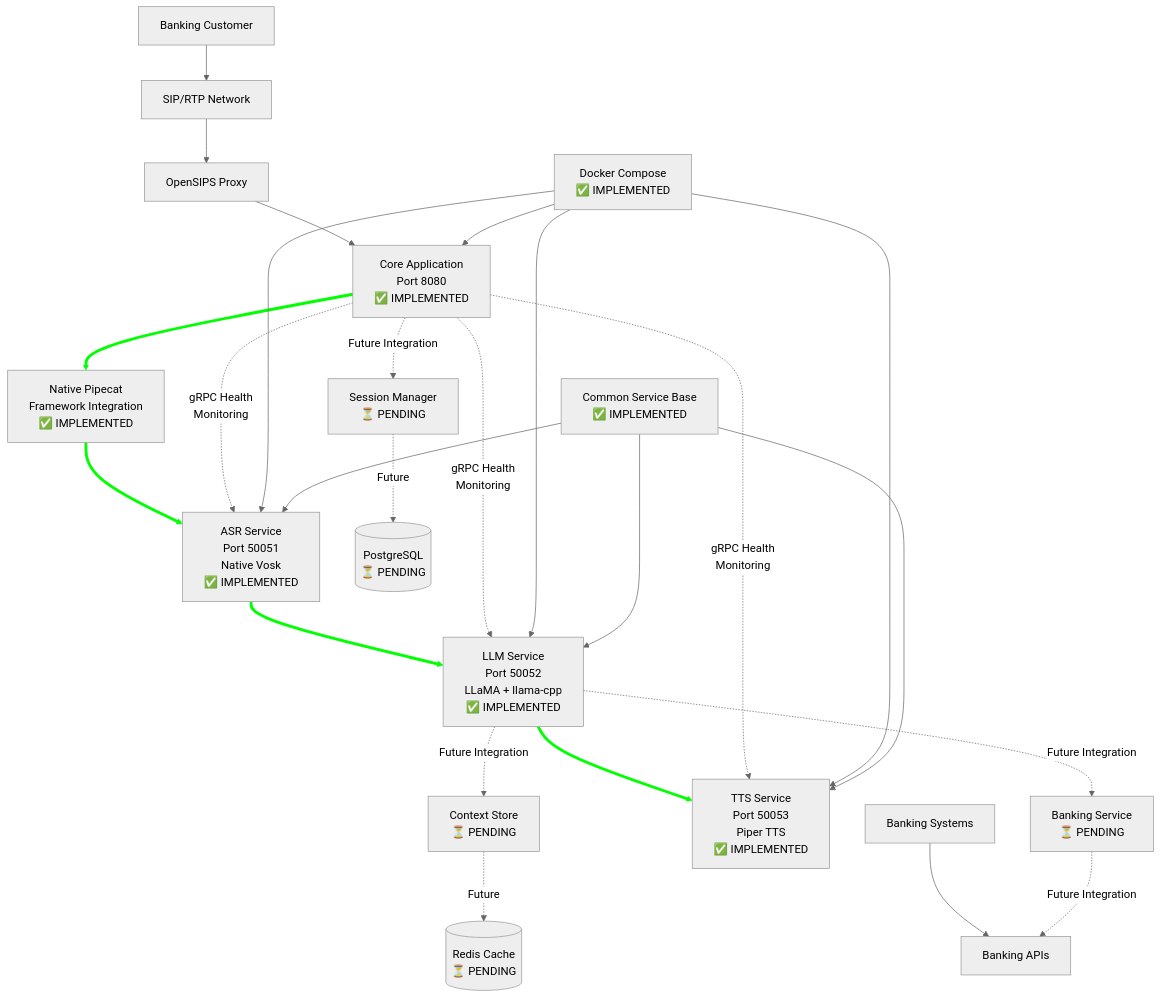
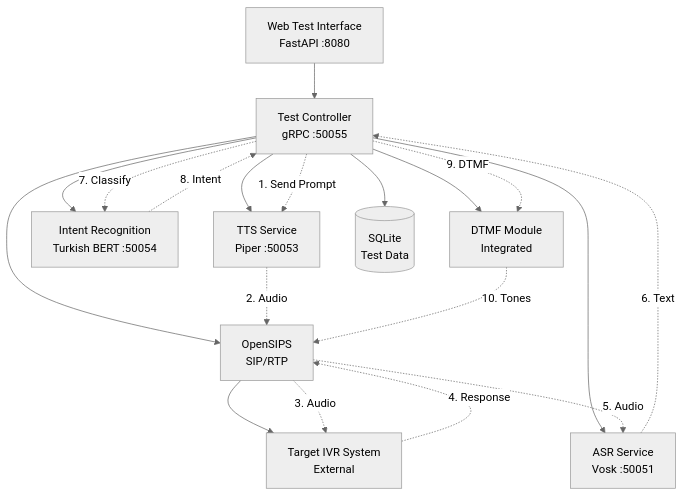
Before and after one commit to dehalokmansahin/opensips-ai-voice-connector: the diagram in docs/architecture.md, drawn with Mermaid (neutral theme). The commit also changed other lines of this file and 158 other files, not shown here.

First line of the commit message:
Remove LLM service and related components

````diff
--- a/docs/architecture.md
+++ b/docs/architecture.md
@@ -74,50 +218,24 @@
 ```mermaid
 graph TB
-    %% External Systems
-    Caller[Banking Customer] --> SIP[SIP/RTP Network]
-    Bank[Banking Systems] --> API[Banking APIs]
+    WEB[Web Test Interface<br/>FastAPI :8080] --> TC[Test Controller<br/>gRPC :50055]
+    TC --> OSIPS[OpenSIPS<br/>SIP/RTP]
+    TC --> ASR[ASR Service<br/>Vosk :50051]
+    TC --> TTS[TTS Service<br/>Piper :50053]
+    TC --> INTENT[Intent Recognition<br/>Turkish BERT :50054]
+    TC --> DTMF[DTMF Module<br/>Integrated]
+    TC --> DB[(SQLite<br/>Test Data)]
     
-    %% SIP Layer
-    SIP --> OpenSIPS[OpenSIPS Proxy]
+    OSIPS --> IVR[Target IVR System<br/>External]
     
-    %% Core Application (Implemented)
-    OpenSIPS --> Core[Core Application<br/>Port 8080<br/>✅ IMPLEMENTED]
-    Core --> Pipecat[Native Pipecat<br/>Framework Integration<br/>✅ IMPLEMENTED]
-    
-    %% Implemented gRPC Microservices
-    Pipecat --> ASR[ASR Service<br/>Port 50051<br/>Native Vosk<br/>✅ IMPLEMENTED]
-    ASR --> LLM[LLM Service<br/>Port 50052<br/>LLaMA + llama-cpp<br/>✅ IMPLEMENTED]
-    LLM --> TTS[TTS Service<br/>Port 50053<br/>Piper TTS<br/>✅ IMPLEMENTED]
-    
-    %% Service Communication (gRPC)
-    Core -.->|gRPC Health<br/>Monitoring| ASR
-    Core -.->|gRPC Health<br/>Monitoring| LLM  
-    Core -.->|gRPC Health<br/>Monitoring| TTS
-    
-    %% Future Services (Pending Phase 3-4)
-    Core -.->|Future Integration| Session[Session Manager<br/>⏳ PENDING]
-    LLM -.->|Future Integration| Context[Context Store<br/>⏳ PENDING]
-    LLM -.->|Future Integration| Banking[Banking Service<br/>⏳ PENDING]
-    Banking -.->|Future Integration| API
-    
-    %% Docker Infrastructure (Implemented)
-    Docker[Docker Compose<br/>✅ IMPLEMENTED] --> Core
-    Docker --> ASR
-    Docker --> LLM
-    Docker --> TTS
-    
-    %% Service Base (Implemented)
-    Common[Common Service Base<br/>✅ IMPLEMENTED] --> ASR
-    Common --> LLM
-    Common --> TTS
-    
-    %% Storage (Future)
-    Context -.->|Future| Redis[(Redis Cache<br/>⏳ PENDING)]
-    Session -.->|Future| Postgres[(PostgreSQL<br/>⏳ PENDING)]
-    
-    %% gRPC connections (implemented)
-    linkStyle 4 stroke:#00ff00,stroke-width:4px
-    linkStyle 5 stroke:#00ff00,stroke-width:4px
-    linkStyle 6 stroke:#00ff00,stroke-width:4px
-    linkStyle 7 stroke:#00ff00,stroke-width:4px
+    %% Data flow for test execution
+    TC -.->|1. Send Prompt| TTS
+    TTS -.->|2. Audio| OSIPS
+    OSIPS -.->|3. Audio| IVR
+    IVR -.->|4. Response| OSIPS
+    OSIPS -.->|5. Audio| ASR
+    ASR -.->|6. Text| TC
+    TC -.->|7. Classify| INTENT
+    INTENT -.->|8. Intent| TC
+    TC -.->|9. DTMF| DTMF
+    DTMF -.->|10. Tones| OSIPS
 ```
````
